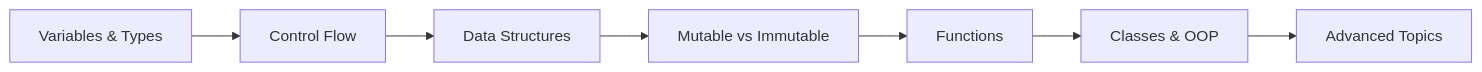
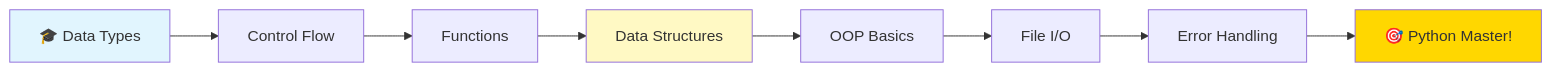
The first of 14 diagrams in 01-Foundations/Python/README.md (subhashdixit/data-science-ai-learning-vault), drawn with Mermaid before and after one commit. The commit also changed other lines of this file and 39 other files, not shown here.

````diff
--- a/01-Foundations/Python/README.md
+++ b/01-Foundations/Python/README.md
@@ -39,9 +14,14 @@
 ```mermaid
 graph LR
-    A[Variables & Types] --> B[Control Flow]
-    B --> C[Data Structures]
-    C --> D[Mutable vs Immutable]
-    D --> E[Functions]
-    E --> F[Classes & OOP]
-    F --> G[Advanced Topics]
+    A[🎓 Data Types] --> B[Control Flow]
+    B --> C[Functions]
+    C --> D[Data Structures]
+    D --> E[OOP Basics]
+    E --> F[File I/O]
+    F --> G[Error Handling]
+    G --> H[🎯 Python Master!]
+    
+    style A fill:#e1f5fe
+    style D fill:#fff9c4
+    style H fill:#ffd700
 ```
````
